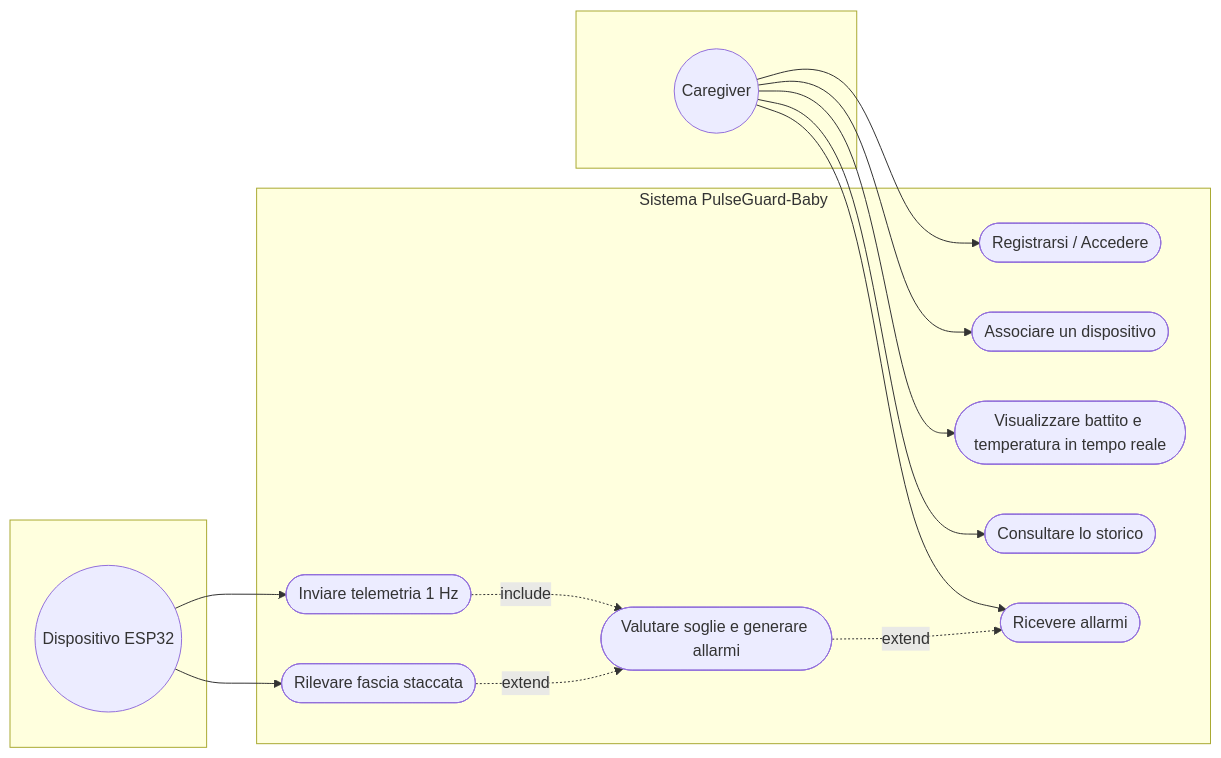
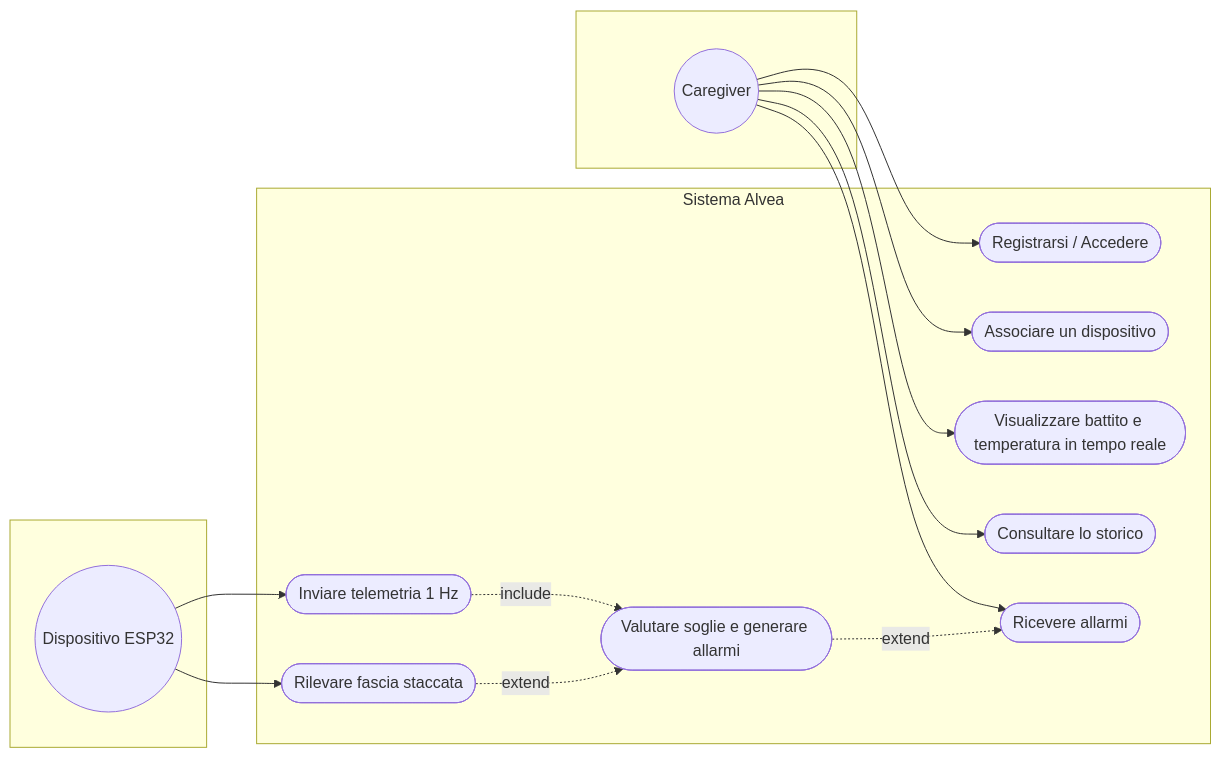
One commit to acrisci05/Alvea changed the diagram in docs/02-use-case.md. Above: the diagram before and after it, drawn with Mermaid. The commit also changed 25 other files, not shown here.

Commit message:
Aggiornato: rinominato il progetto da PulseGuard-Baby ad Alvea (branding, topic MQTT, ID device, container, dashboard)

````diff
--- a/docs/02-use-case.md
+++ b/docs/02-use-case.md
@@ -6,31 +6,31 @@
 ```mermaid
 flowchart LR
     subgraph attori_primari[" "]
         CG((Caregiver))
     end
-    subgraph Sistema["Sistema PulseGuard-Baby"]
+    subgraph Sistema["Sistema Alvea"]
         UC1(["Registrarsi / Accedere"])
         UC2(["Associare un dispositivo"])
         UC3(["Visualizzare battito e temperatura in tempo reale"])
         UC4(["Consultare lo storico"])
         UC5(["Ricevere allarmi"])
         UC6(["Inviare telemetria 1 Hz"])
         UC7(["Valutare soglie e generare allarmi"])
         UC8(["Rilevare fascia staccata"])
     end
     subgraph attori_secondari[" "]
         ESP((Dispositivo ESP32))
     end
 
     CG --> UC1
     CG --> UC2
     CG --> UC3
     CG --> UC4
     CG --> UC5
 
     ESP --> UC6
     UC6 -. include .-> UC7
     UC7 -. extend .-> UC5
     UC8 -. extend .-> UC7
     ESP --> UC8
 ```
````
